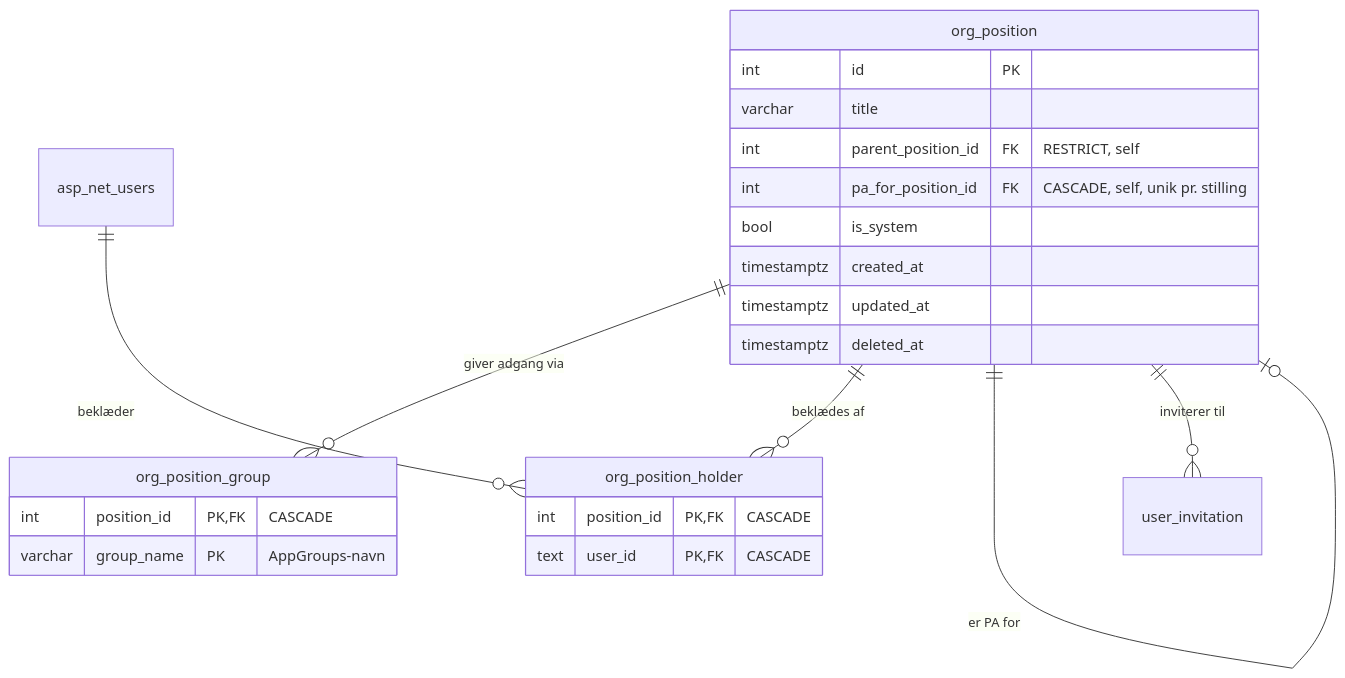
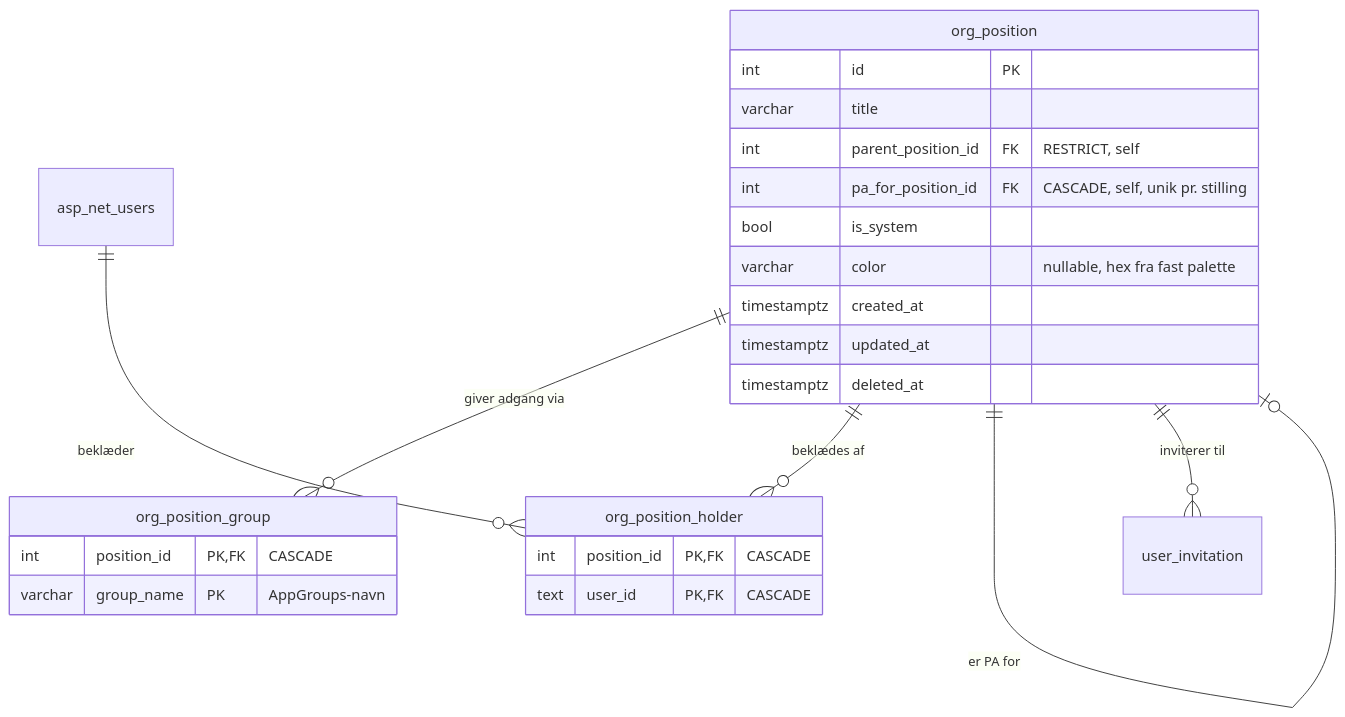
Before and after one commit to smallbenji/DS28-website: the fourth of 6 diagrams in docs/database.md, drawn with Mermaid. The commit also changed other lines of this file and 11 other files, not shown here.

````diff
--- a/docs/database.md
+++ b/docs/database.md
@@ -307,30 +307,31 @@
 ```mermaid
 erDiagram
     org_position {
         int id PK
         varchar title
         int parent_position_id FK "RESTRICT, self"
         int pa_for_position_id FK "CASCADE, self, unik pr. stilling"
         bool is_system
+        varchar color "nullable, hex fra fast palette"
         timestamptz created_at
         timestamptz updated_at
         timestamptz deleted_at
     }
 
     org_position_group {
         int position_id PK,FK "CASCADE"
         varchar group_name PK "AppGroups-navn"
     }
 
     org_position_holder {
         int position_id PK,FK "CASCADE"
         text user_id PK,FK "CASCADE"
     }
 
     org_position ||--o{ org_position_group : "giver adgang via"
     org_position ||--o{ org_position_holder : "beklædes af"
     asp_net_users ||--o{ org_position_holder : "beklæder"
     org_position ||--o{ org_position : "har understillinger"
     org_position ||--o| org_position : "er PA for"
     org_position ||--o{ user_invitation : "inviterer til"
 ```
````
